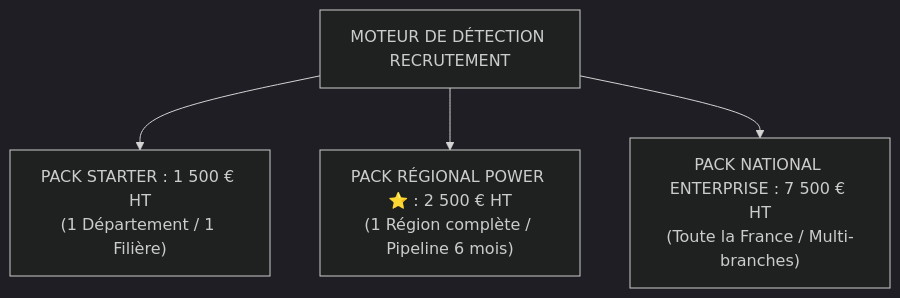
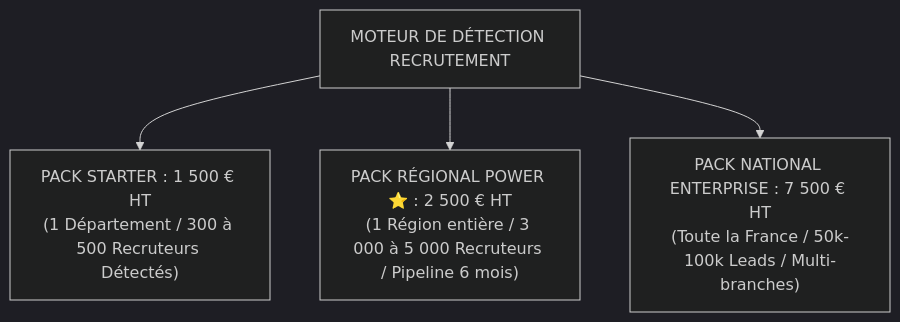
The second of 2 diagrams in 04_Livrables/Markdown/Plaquette_Commerciale_Detection_Entreprises.md (julienflorenceflorence-oss/geminicli-backup), drawn with Mermaid (dark theme) before and after one commit. The commit also changed other lines of this file and 4 other files, not shown here.

````diff
--- a/04_Livrables/Markdown/Plaquette_Commerciale_Detection_Entreprises.md
+++ b/04_Livrables/Markdown/Plaquette_Commerciale_Detection_Entreprises.md
@@ -39,6 +45,6 @@
 ```mermaid
 graph TD
-    A["MOTEUR DE DÉTECTION RECRUTEMENT"] --> B["PACK STARTER : 1 500 € HT<br>(1 Département / 1 Filière)"]
-    A --> C["PACK RÉGIONAL POWER ⭐ : 2 500 € HT<br>(1 Région complète / Pipeline 6 mois)"]
-    A --> D["PACK NATIONAL ENTERPRISE : 7 500 € HT<br>(Toute la France / Multi-branches)"]
+    A["MOTEUR DE DÉTECTION RECRUTEMENT"] --> B["PACK STARTER : 1 500 € HT<br>(1 Département / 300 à 500 Recruteurs Détectés)"]
+    A --> C["PACK RÉGIONAL POWER ⭐ : 2 500 € HT<br>(1 Région entière / 3 000 à 5 000 Recruteurs / Pipeline 6 mois)"]
+    A --> D["PACK NATIONAL ENTERPRISE : 7 500 € HT<br>(Toute la France / 50k-100k Leads / Multi-branches)"]
 ```
````
